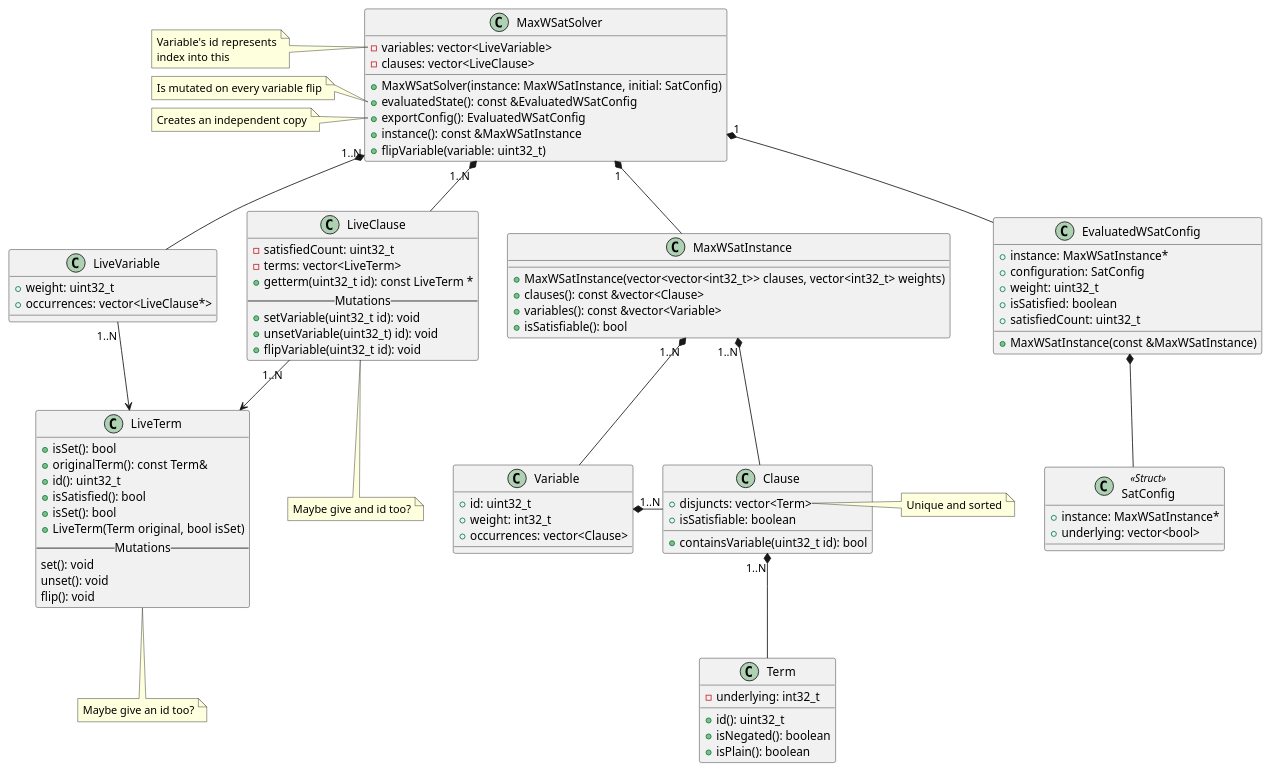
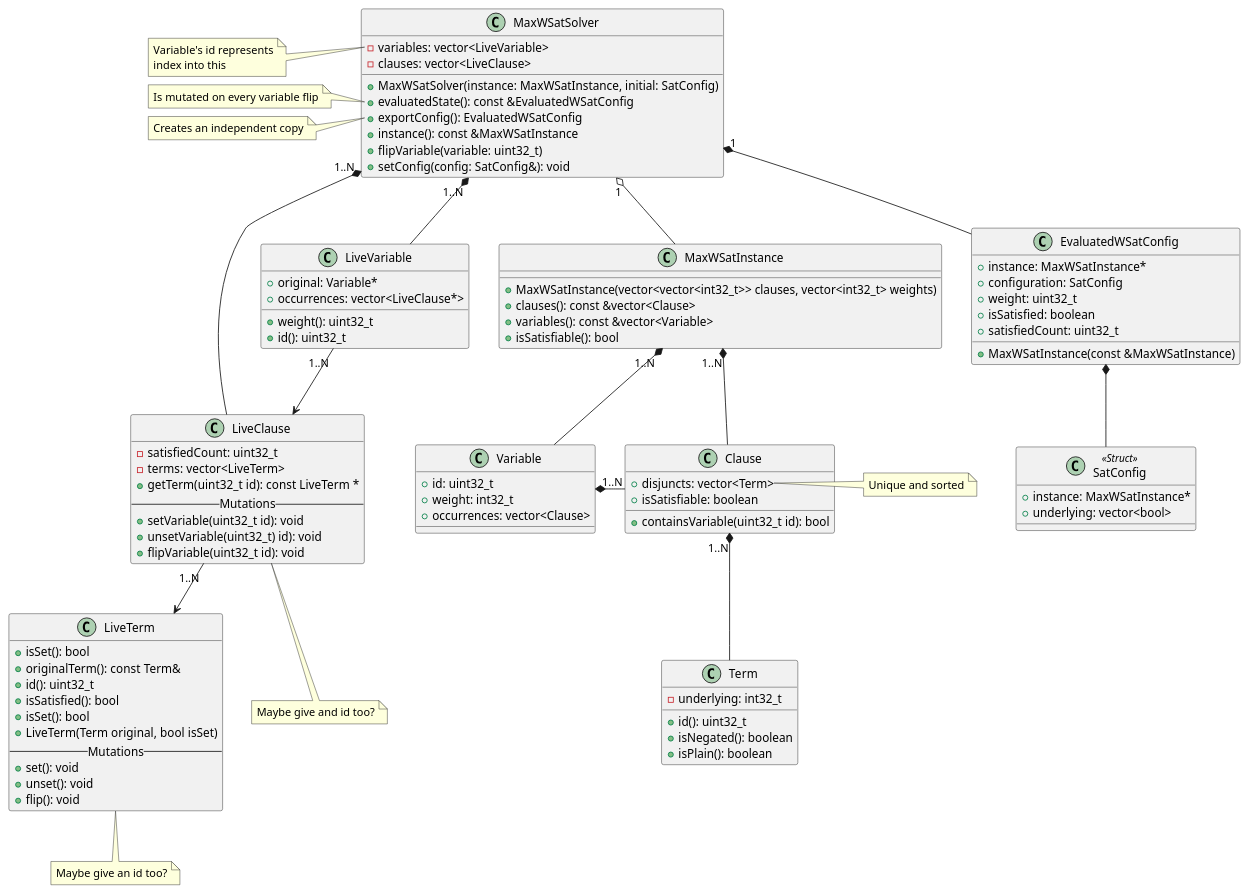
The diagram in src/sat/sat_new.puml (Finishxx/mwsat-solver-cooling), drawn with PlantUML before and after one commit. The commit also changed 4 other files, not shown here.

```diff
--- a/src/sat/sat_new.puml
+++ b/src/sat/sat_new.puml
@@ -1,135 +1,138 @@
 @startuml
 
 ' ===================== Config =====================
 
 class EvaluatedWSatConfig {
   + MaxWSatInstance(const &MaxWSatInstance)
   + instance: MaxWSatInstance*
   + configuration: SatConfig
   + weight: uint32_t
   + isSatisfied: boolean
   + satisfiedCount: uint32_t
 }
 EvaluatedWSatConfig *-- SatConfig
 
 class SatConfig <<Struct>> {
   + instance: MaxWSatInstance*
   + underlying: vector<bool>
 }
 
 ' ===================== Solver =====================
 
 class MaxWSatSolver {
   - variables: vector<LiveVariable>
   - clauses: vector<LiveClause>
   + MaxWSatSolver(instance: MaxWSatInstance, initial: SatConfig)
   + evaluatedState(): const &EvaluatedWSatConfig
   + exportConfig(): EvaluatedWSatConfig
   + instance(): const &MaxWSatInstance
   + flipVariable(variable: uint32_t)
+  + setConfig(config: SatConfig&): void
 }
-MaxWSatSolver "1" *-- MaxWSatInstance
+MaxWSatSolver "1" o-- MaxWSatInstance
 MaxWSatSolver "1" *-- EvaluatedWSatConfig
 MaxWSatSolver "1..N" *-- LiveClause
 MaxWSatSolver "1..N" *-- LiveVariable
 note left of MaxWSatSolver::"variables: vector<LiveVariable>"
   Variable's id represents
   index into this
 end note
 note left of MaxWSatSolver::"evaluatedState(): const &EvaluatedWSatConfig"
   Is mutated on every variable flip
 end note
 note left of MaxWSatSolver::"exportConfig(): EvaluatedWSatConfig"
   Creates an independent copy
 end note
 
 
 ' ===================== Live Data =====================
 
 class LiveClause {
   - satisfiedCount: uint32_t
   - terms: vector<LiveTerm>
-  + getterm(uint32_t id): const LiveTerm *
+  + getTerm(uint32_t id): const LiveTerm *
   -- Mutations --
   + setVariable(uint32_t id): void
   + unsetVariable(uint32_t) id): void
   + flipVariable(uint32_t id): void
 }
 LiveClause "1..N" --> LiveTerm
 note bottom of LiveClause
   Maybe give and id too?
 end note
 
 class LiveVariable {
-  + weight: uint32_t
+  + original: Variable*
   + occurrences: vector<LiveClause*>
+  + weight(): uint32_t
+  + id(): uint32_t
 }
-LiveVariable "1..N" --> LiveTerm
+LiveVariable "1..N" --> LiveClause
 
 class LiveTerm {
   + isSet(): bool
   + originalTerm(): const Term&
   + id(): uint32_t
   + isSatisfied(): bool
   + isSet(): bool
   + LiveTerm(Term original, bool isSet)
   -- Mutations --
-  set(): void
-  unset(): void
-  flip(): void
+  + set(): void
+  + unset(): void
+  + flip(): void
 }
 note bottom of LiveTerm
   Maybe give an id too?
 end note
 
 ' ===================== Instance =====================
 
 class MaxWSatInstance {
   + MaxWSatInstance(vector<vector<int32_t>> clauses, vector<int32_t> weights)
   + clauses(): const &vector<Clause>
   + variables(): const &vector<Variable>
   + isSatisfiable(): bool
 }
 MaxWSatInstance "1..N" *-- Clause
 MaxWSatInstance "1..N" *-- Variable
 note left of MaxWSatInstance::"clauses: vector<Clause>"
   Throws in constructor
   if any class is unsatisfiable
 end note
 
 class Clause {
   + disjuncts: vector<Term>
   + isSatisfiable: boolean
   + containsVariable(uint32_t id): bool
 }
 note right of Clause::"disjuncts: vector<Term>"
   Unique and sorted
 end note
 
 Clause "1..N" *-- Term
 class Term {
   - underlying: int32_t
   + id(): uint32_t
   + isNegated(): boolean
   + isPlain(): boolean
 }
 note left of Term::"id: uint32_t"
   <color:green>return</color> abs(underlying)
 end note
 
 note left of Term::"isNegated(): boolean"
   <color:green>return</color> underlying < 0
 end note
 
 note left of Term::"isPlain(): boolean"
   <color:green>return</color> underlying > 0
 end note
 
 class Variable {
   + id: uint32_t
   + weight: int32_t
   + occurrences: vector<Clause>
 }
 Variable "1..N" *- Clause
 
 @enduml
```
